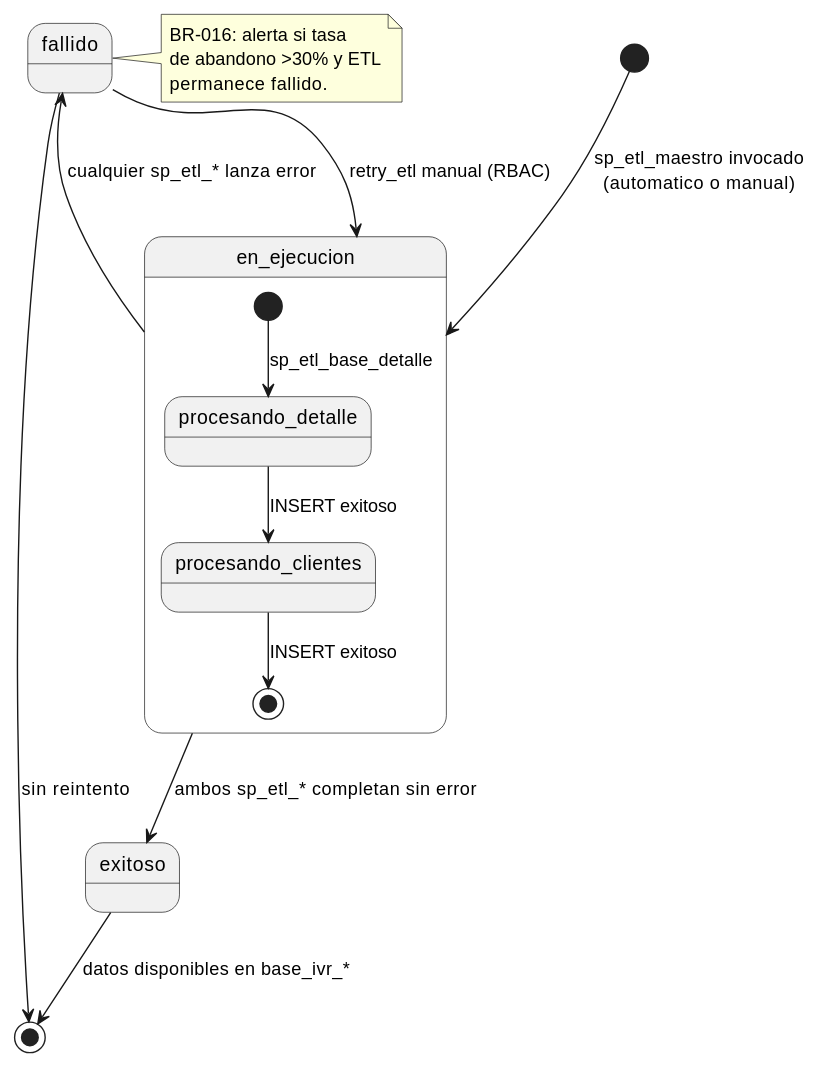
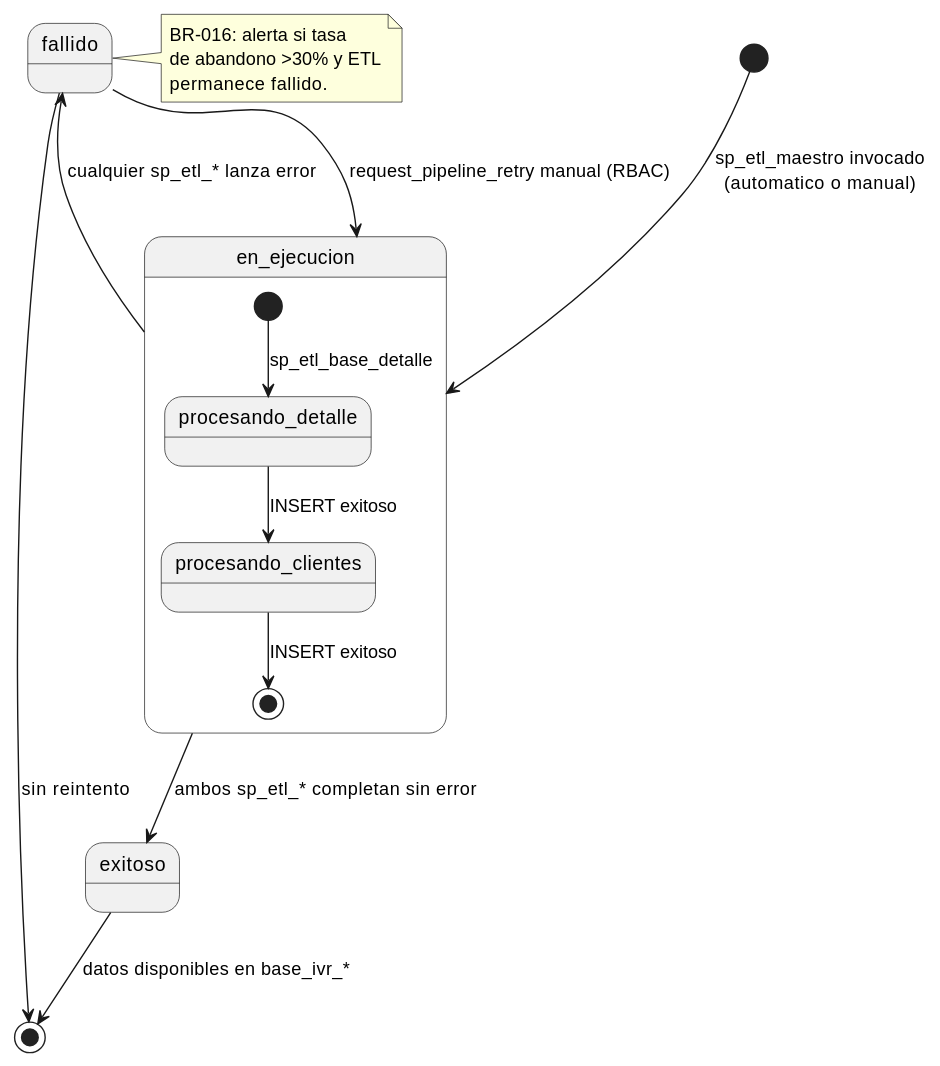
Before and after one commit to jcg-admin/IACT-docs: the second of 3 diagrams in source/arquitectura-tecnica/modulos/etl-monitoring/diagramas.rst, drawn with PlantUML. The commit also changed other lines of this file and 157 other files, not shown here.

First line of the commit message:
Enforce catalog function names across all diagrams

```diff
--- a/source/arquitectura-tecnica/modulos/etl-monitoring/diagramas.rst
+++ b/source/arquitectura-tecnica/modulos/etl-monitoring/diagramas.rst
@@ -46,27 +46,27 @@
 .. uml::
  :caption: Maquina de estados de una ejecucion ETL (etl_runs).
 
  @startuml
 
  [*] --> en_ejecucion : sp_etl_maestro invocado\n(automatico o manual)
 
  state en_ejecucion {
    [*] --> procesando_detalle : sp_etl_base_detalle
    procesando_detalle --> procesando_clientes : INSERT exitoso
    procesando_clientes --> [*] : INSERT exitoso
  }
 
  en_ejecucion --> exitoso : ambos sp_etl_* completan sin error
  en_ejecucion --> fallido : cualquier sp_etl_* lanza error
 
  exitoso --> [*] : datos disponibles en base_ivr_*
- fallido --> en_ejecucion : retry_etl manual (RBAC)
+ fallido --> en_ejecucion : request_pipeline_retry manual (RBAC)
  fallido --> [*] : sin reintento
 
  note right of fallido
    BR-016: alerta si tasa
    de abandono >30% y ETL
    permanece fallido.
  end note
 
  @enduml
```
